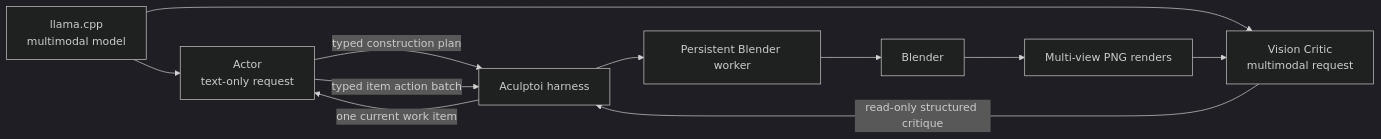
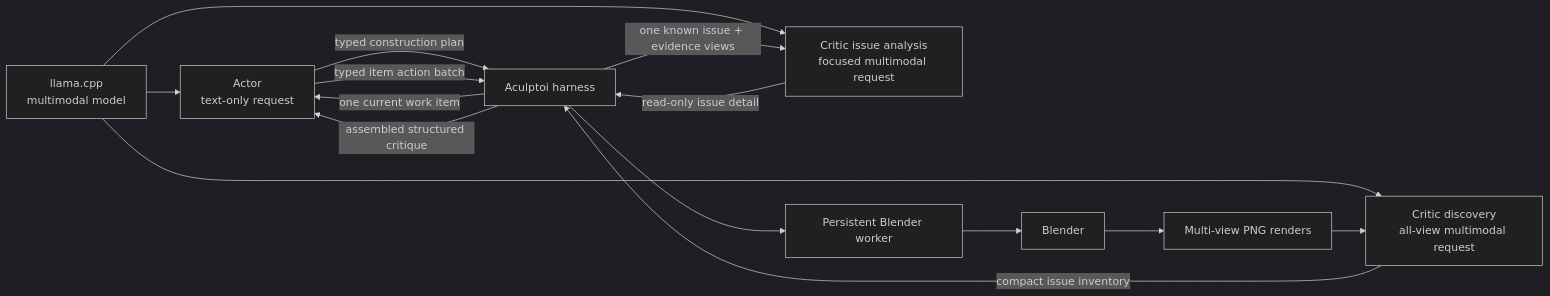
Before and after one commit to ifranlaloe/Aculptoi: the diagram in docs/architecture.md, drawn with Mermaid (dark theme). The commit also changed other lines of this file and 19 other files, not shown here.

Commit message:
Add two-stage vision issue critique

````diff
--- a/docs/architecture.md
+++ b/docs/architecture.md
@@ -5,13 +5,17 @@
 ```mermaid
 flowchart LR
     M[llama.cpp\nmultimodal model] --> A[Actor\ntext-only request]
-    M --> V[Vision Critic\nmultimodal request]
+    M --> D[Critic discovery\nall-view multimodal request]
+    M --> F[Critic issue analysis\nfocused multimodal request]
     A -->|typed construction plan| H[Aculptoi harness]
     H -->|one current work item| A
     A -->|typed item action batch| H
     H --> W[Persistent Blender worker]
     W --> B[Blender]
     B --> R[Multi-view PNG renders]
-    R --> V
-    V -->|read-only structured critique| H
+    R --> D
+    D -->|compact issue inventory| H
+    H -->|one known issue + evidence views| F
+    F -->|read-only issue detail| H
+    H -->|assembled structured critique| A
 ```
````
